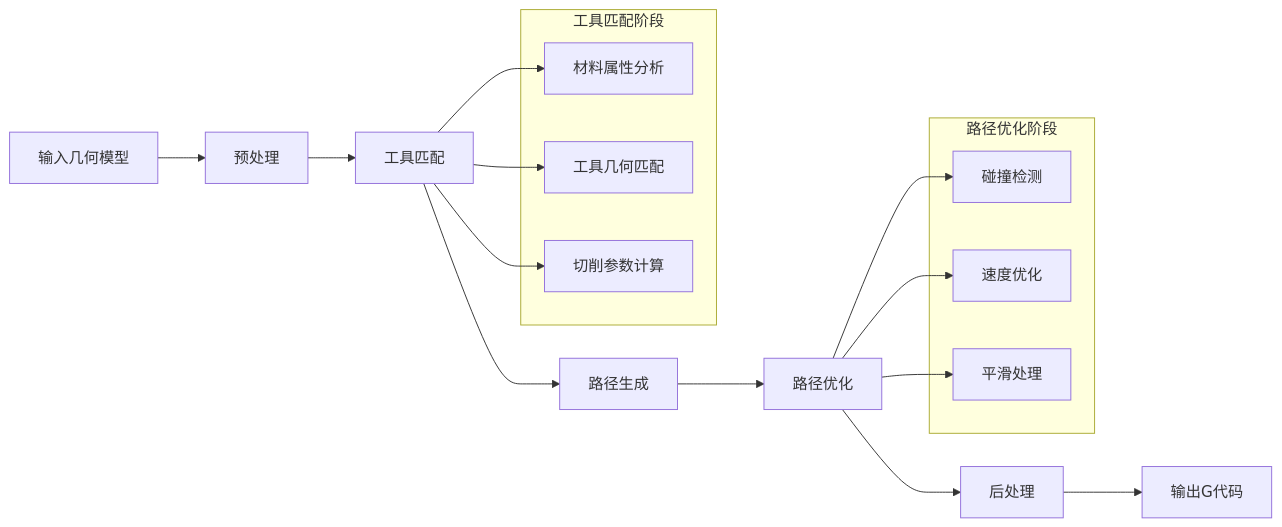
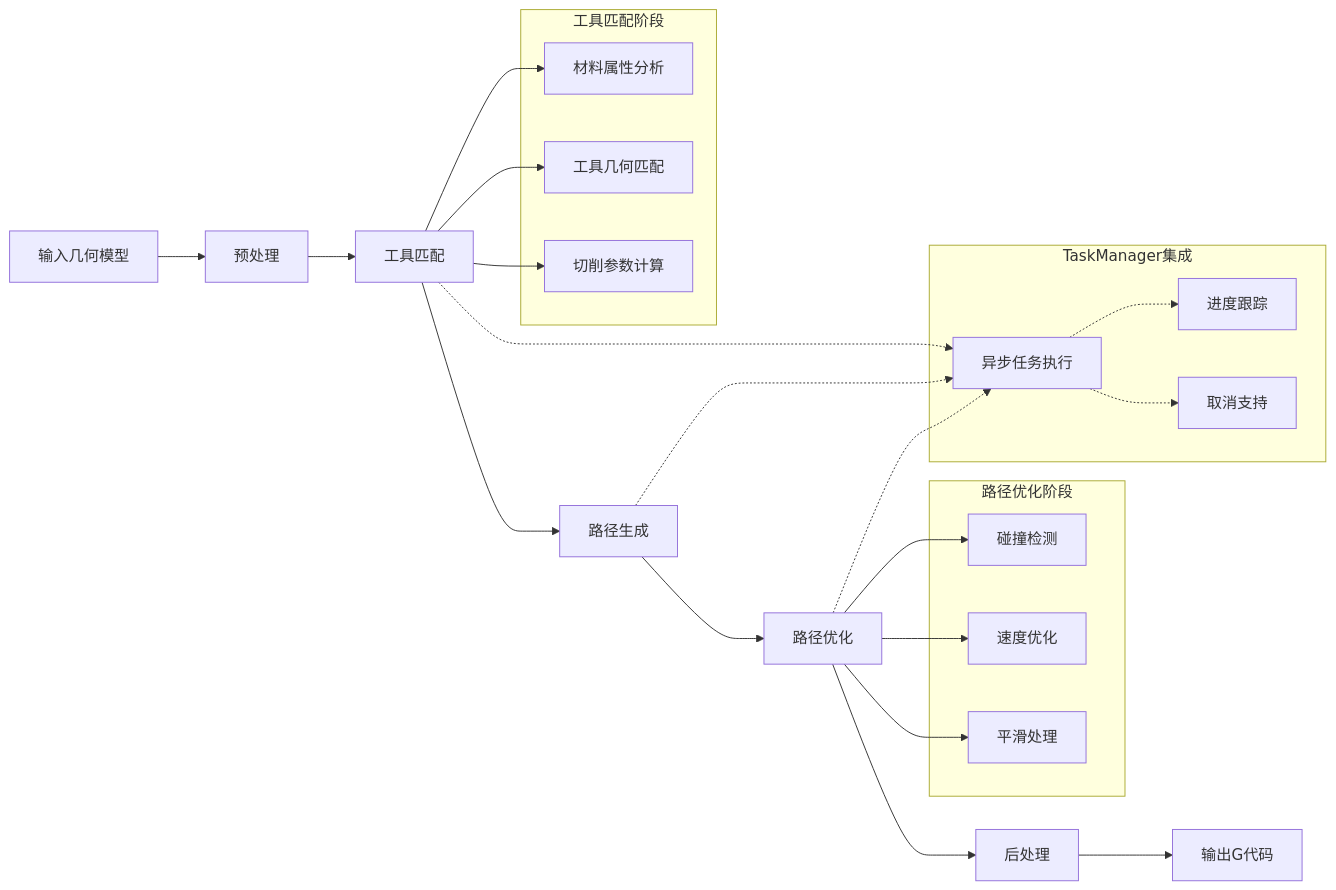
One commit to super1wang/LaserCNCv1.0 changed the ninth of 18 diagrams in .qoder/repowiki/zh/content/项目概述/模块设计/Process模块设计/Process模块服务管理架构改进.md. Above: the diagram before and after it, drawn with Mermaid. The commit also changed other lines of this file and 159 other files, not shown here.

````diff
--- a/.qoder/repowiki/zh/content/项目概述/模块设计/Process模块设计/Process模块服务管理架构改进.md
+++ b/.qoder/repowiki/zh/content/项目概述/模块设计/Process模块设计/Process模块服务管理架构改进.md
@@ -474,25 +556,35 @@
 ```mermaid
 flowchart LR
 Input[输入几何模型] --> Preprocess[预处理]
 Preprocess --> ToolMatch[工具匹配]
 ToolMatch --> PathGen[路径生成]
 PathGen --> Optimize[路径优化]
 Optimize --> PostProcess[后处理]
 PostProcess --> Output[输出G代码]
 subgraph "工具匹配阶段"
 TM1[材料属性分析]
 TM2[工具几何匹配]
 TM3[切削参数计算]
 end
 subgraph "路径优化阶段"
 OP1[碰撞检测]
 OP2[速度优化]
 OP3[平滑处理]
 end
 ToolMatch --> TM1
 ToolMatch --> TM2
 ToolMatch --> TM3
 Optimize --> OP1
 Optimize --> OP2
 Optimize --> OP3
+subgraph "TaskManager集成"
+TM_TASK[异步任务执行]
+TM_PROGRESS[进度跟踪]
+TM_ABORT[取消支持]
+end
+ToolMatch -.-> TM_TASK
+PathGen -.-> TM_TASK
+Optimize -.-> TM_TASK
+TM_TASK -.-> TM_PROGRESS
+TM_TASK -.-> TM_ABORT
 ```
````
